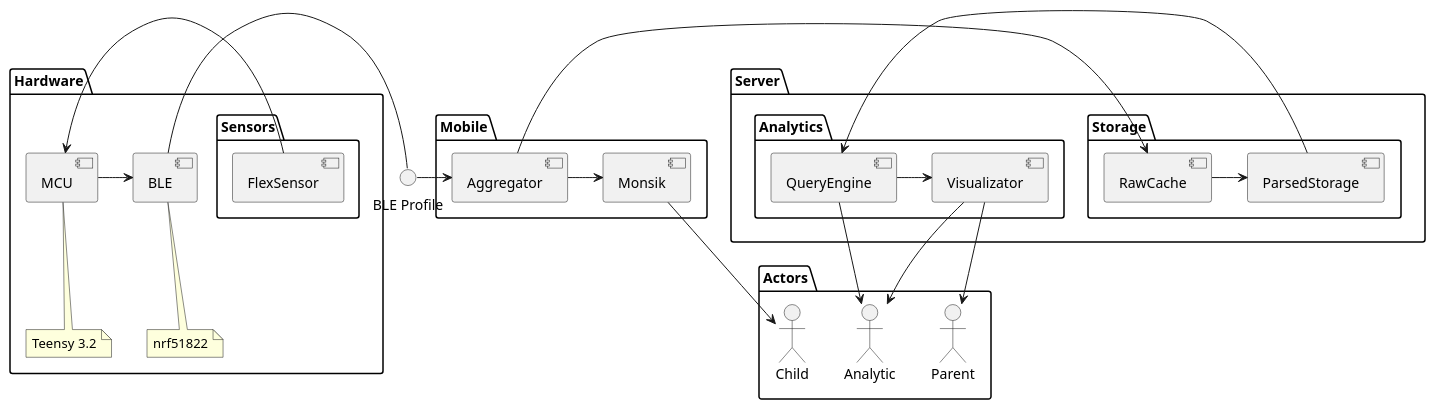
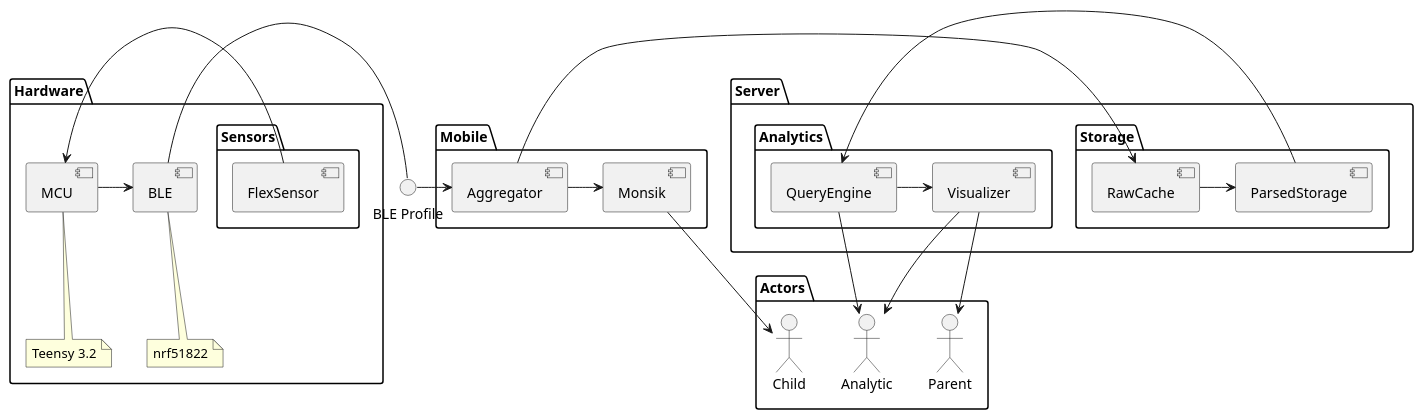
One commit to motorica-org/telemetry-docs changed the diagram in architecture.puml. Above: the diagram before and after it, drawn with PlantUML.

Commit message:
fix(architecture): Fix typo

```diff
--- a/architecture.puml
+++ b/architecture.puml
@@ -1,49 +1,49 @@
 @startuml
 skinparam componentStyle uml2
 
 interface "BLE Profile" [[https://github.com/motorica-org/telemetry-docs/wiki/BLE-Profile]]
 
 package Hardware {
     component MCU
     component BLE
 
     package Sensors {
         [FlexSensor] -> [MCU]
     }
 
     [MCU] -> [BLE]
     [BLE] - (BLE Profile)
 
     note bottom of [MCU]: Teensy 3.2
     note bottom of [BLE]: nrf51822
 }
 
 package Mobile {
     (BLE Profile) -> [Aggregator]
     [Aggregator] -> [Monsik]
 }
 
 package Server {
     package Storage {
         [Aggregator] -> [RawCache]
         [RawCache] -> [ParsedStorage]
     }
     package Analytics {
         [ParsedStorage] -> [QueryEngine]
-        [QueryEngine] -> [Visualizator]
+        [QueryEngine] -> [Visualizer]
     }
 }
 
 package Actors {
     actor Child
     actor Parent
     actor Analytic
 
     Child <- [Monsik]
 
-    Parent <- [Visualizator]
+    Parent <- [Visualizer]
 
     Analytic <-u- [QueryEngine]
-    Analytic <-u- [Visualizator]
+    Analytic <-u- [Visualizer]
 }
 @enduml
```
